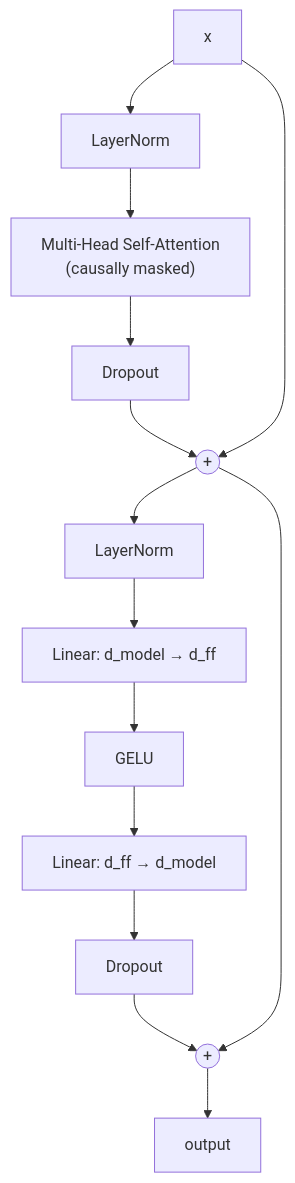
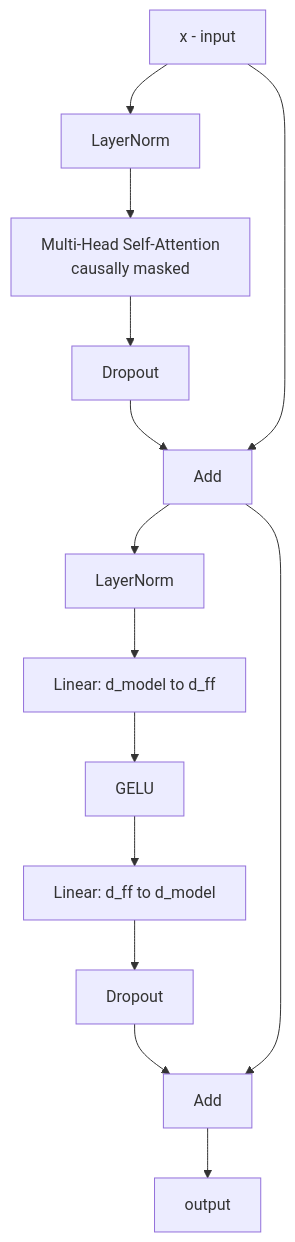
One commit to AryamanJaggi/MyTorch changed the second of 2 diagrams in README.md. Above: the diagram before and after it, drawn with Mermaid. The commit also changed other lines of this file, not shown here.

Commit message:
Simplify Mermaid diagrams to fix GitHub render crash

````diff
--- a/README.md
+++ b/README.md
@@ -49,16 +39,16 @@
 ```mermaid
 graph TD
-    X["x"] --> LN1["LayerNorm"]
-    LN1 --> MHA["Multi-Head Self-Attention<br/>(causally masked)"]
+    X["x - input"] --> LN1["LayerNorm"]
+    LN1 --> MHA["Multi-Head Self-Attention<br/>causally masked"]
     MHA --> D1["Dropout"]
-    D1 --> ADD1(("+"))
+    D1 --> ADD1["Add"]
     X --> ADD1
     ADD1 --> LN2["LayerNorm"]
-    LN2 --> F1["Linear: d_model → d_ff"]
+    LN2 --> F1["Linear: d_model to d_ff"]
     F1 --> GELU["GELU"]
-    GELU --> F2["Linear: d_ff → d_model"]
+    GELU --> F2["Linear: d_ff to d_model"]
     F2 --> D2["Dropout"]
-    D2 --> ADD2(("+"))
+    D2 --> ADD2["Add"]
     ADD1 --> ADD2
     ADD2 --> OUT["output"]
 ```
````
